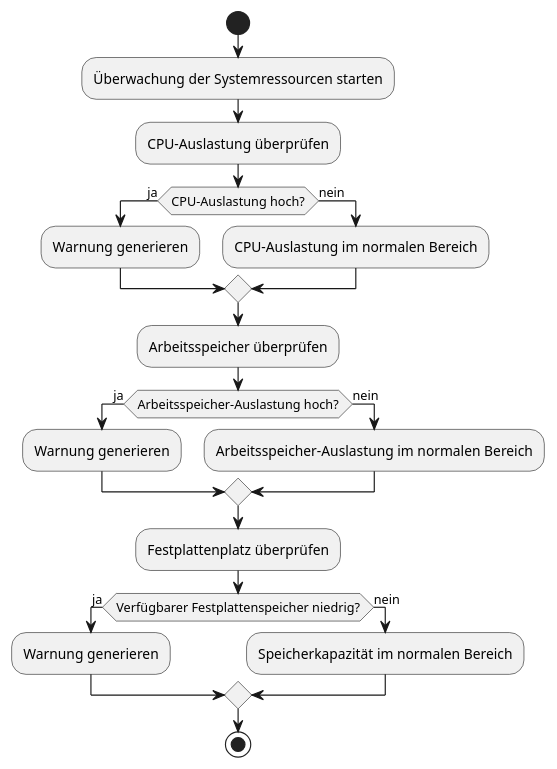
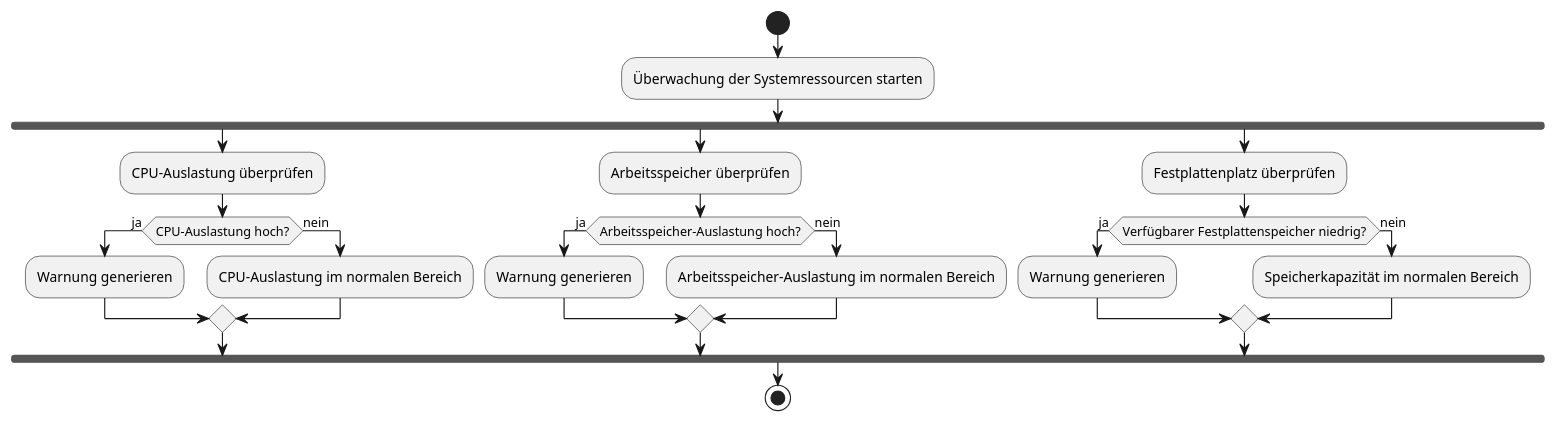
One commit to helenlaible/ss23-kba-project changed the fifth of 14 diagrams in docs/2_planning/3_activity_diagrams.md. Above: the diagram before and after it, drawn with PlantUML. The commit also changed other lines of this file, not shown here.

````diff
--- a/docs/2_planning/3_activity_diagrams.md
+++ b/docs/2_planning/3_activity_diagrams.md
@@ -107,27 +107,31 @@
 ```plantuml Überwachung der Systemressourcen
 @startuml
 start
 
 :Überwachung der Systemressourcen starten;
-:CPU-Auslastung überprüfen;
-if (CPU-Auslastung hoch?) then (ja)
-  :Warnung generieren;
-else (nein)
-  :CPU-Auslastung im normalen Bereich;
-endif
-:Arbeitsspeicher überprüfen;
-if (Arbeitsspeicher-Auslastung hoch?) then (ja)
-  :Warnung generieren;
-else (nein)
-  :Arbeitsspeicher-Auslastung im normalen Bereich;
-endif
-:Festplattenplatz überprüfen;
-if (Verfügbarer Festplattenspeicher niedrig?) then (ja)
-  :Warnung generieren;
-else (nein)
-  :Speicherkapazität im normalen Bereich;
-endif
+fork
+  :CPU-Auslastung überprüfen;
+  if (CPU-Auslastung hoch?) then (ja)
+    :Warnung generieren;
+  else (nein)
+    :CPU-Auslastung im normalen Bereich;
+  endif
+fork again
+  :Arbeitsspeicher überprüfen;
+  if (Arbeitsspeicher-Auslastung hoch?) then (ja)
+    :Warnung generieren;
+  else (nein)
+    :Arbeitsspeicher-Auslastung im normalen Bereich;
+  endif
+fork again
+  :Festplattenplatz überprüfen;
+  if (Verfügbarer Festplattenspeicher niedrig?) then (ja)
+    :Warnung generieren;
+  else (nein)
+    :Speicherkapazität im normalen Bereich;
+  endif
+end fork
 
 stop
 @enduml
 ```
````
